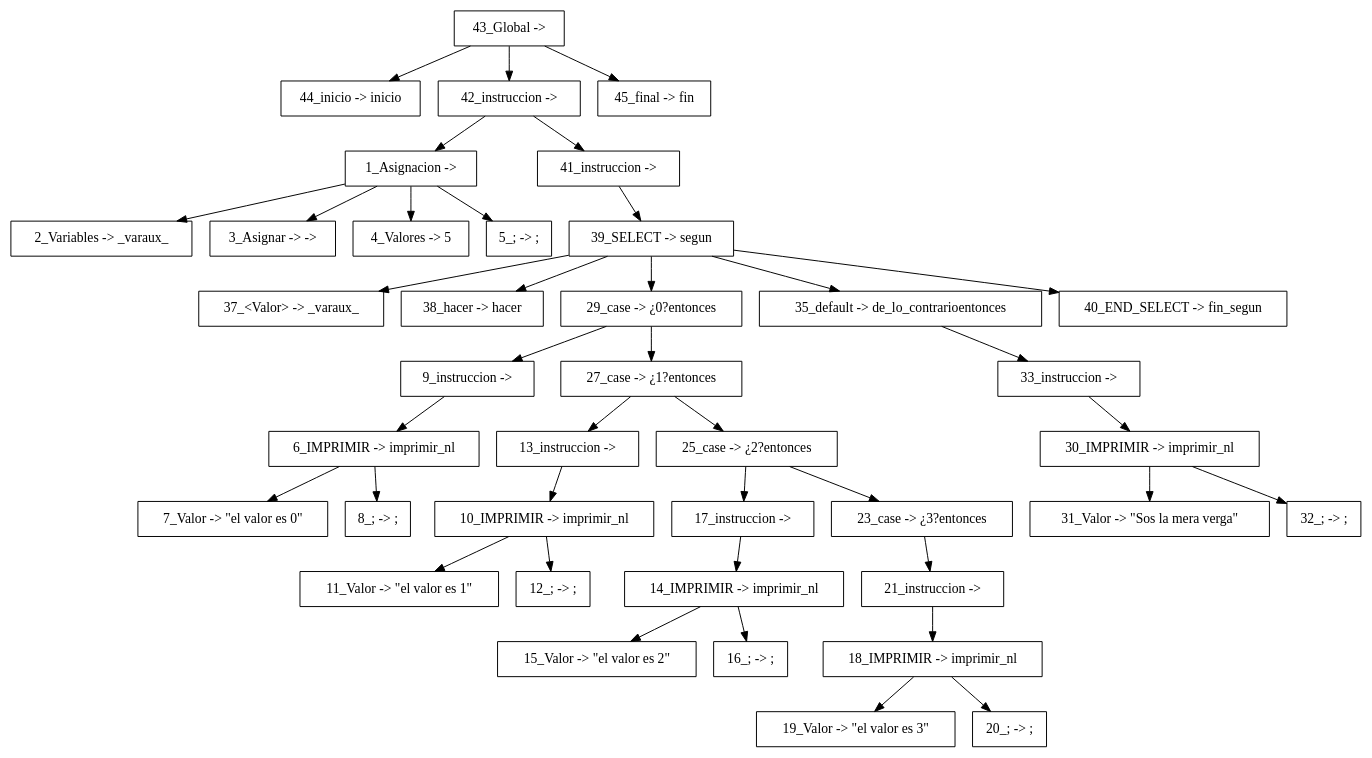
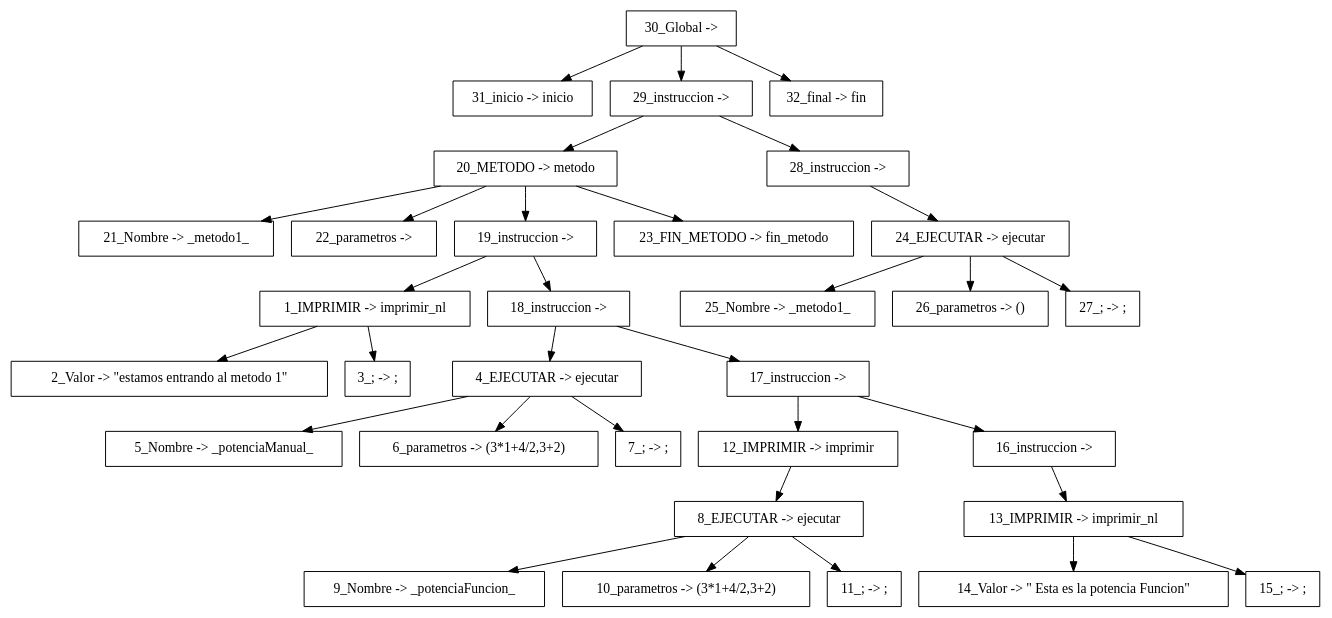
Before and after one commit to xavi-val/OLC1-201700703: the diagram in back-end/compiladores/src/main/resources/trees/arbol.dot, drawn with Graphviz. The commit also changed 11 other files, not shown here.

Commit message:
Terminando la traduccion a python - problemas con instruccion IMPRIMIR

```diff
--- a/back-end/compiladores/src/main/resources/trees/arbol.dot
+++ b/back-end/compiladores/src/main/resources/trees/arbol.dot
@@ -1,43 +1,36 @@
 digraph G {node[shape=box, style=filled, color=black, fillcolor=white]; edge[color=black];rankdir=UD 
 
-"43_Global -> "->"44_inicio -> inicio"
-"43_Global -> "->"42_instruccion -> "
-"42_instruccion -> "->"1_Asignacion -> "
-"1_Asignacion -> "->"2_Variables -> _varaux_"
-"1_Asignacion -> "->"3_Asignar -> ->"
-"1_Asignacion -> "->"4_Valores -> 5"
-"1_Asignacion -> "->"5_; -> ;"
-"42_instruccion -> "->"41_instruccion -> "
-"41_instruccion -> "->"39_SELECT -> segun"
-"39_SELECT -> segun"->"37_<Valor> -> _varaux_"
-"39_SELECT -> segun"->"38_hacer -> hacer"
-"39_SELECT -> segun"->"29_case -> ¿0?entonces"
-"29_case -> ¿0?entonces"->"9_instruccion -> "
-"9_instruccion -> "->"6_IMPRIMIR -> imprimir_nl"
-"6_IMPRIMIR -> imprimir_nl"->"7_Valor -> \"el valor es 0\""
-"6_IMPRIMIR -> imprimir_nl"->"8_; -> ;"
-"29_case -> ¿0?entonces"->"27_case -> ¿1?entonces"
-"27_case -> ¿1?entonces"->"13_instruccion -> "
-"13_instruccion -> "->"10_IMPRIMIR -> imprimir_nl"
-"10_IMPRIMIR -> imprimir_nl"->"11_Valor -> \"el valor es 1\""
-"10_IMPRIMIR -> imprimir_nl"->"12_; -> ;"
-"27_case -> ¿1?entonces"->"25_case -> ¿2?entonces"
-"25_case -> ¿2?entonces"->"17_instruccion -> "
-"17_instruccion -> "->"14_IMPRIMIR -> imprimir_nl"
-"14_IMPRIMIR -> imprimir_nl"->"15_Valor -> \"el valor es 2\""
-"14_IMPRIMIR -> imprimir_nl"->"16_; -> ;"
-"25_case -> ¿2?entonces"->"23_case -> ¿3?entonces"
-"23_case -> ¿3?entonces"->"21_instruccion -> "
-"21_instruccion -> "->"18_IMPRIMIR -> imprimir_nl"
-"18_IMPRIMIR -> imprimir_nl"->"19_Valor -> \"el valor es 3\""
-"18_IMPRIMIR -> imprimir_nl"->"20_; -> ;"
-"39_SELECT -> segun"->"35_default -> de_lo_contrarioentonces"
-"35_default -> de_lo_contrarioentonces"->"33_instruccion -> "
-"33_instruccion -> "->"30_IMPRIMIR -> imprimir_nl"
-"30_IMPRIMIR -> imprimir_nl"->"31_Valor -> \"Sos la mera verga\""
-"30_IMPRIMIR -> imprimir_nl"->"32_; -> ;"
-"39_SELECT -> segun"->"40_END_SELECT -> fin_segun"
-"43_Global -> "->"45_final -> fin"
+"30_Global -> "->"31_inicio -> inicio"
+"30_Global -> "->"29_instruccion -> "
+"29_instruccion -> "->"20_METODO -> metodo"
+"20_METODO -> metodo"->"21_Nombre -> _metodo1_"
+"20_METODO -> metodo"->"22_parametros -> "
+"20_METODO -> metodo"->"19_instruccion -> "
+"19_instruccion -> "->"1_IMPRIMIR -> imprimir_nl"
+"1_IMPRIMIR -> imprimir_nl"->"2_Valor -> \"estamos entrando al metodo 1\""
+"1_IMPRIMIR -> imprimir_nl"->"3_; -> ;"
+"19_instruccion -> "->"18_instruccion -> "
+"18_instruccion -> "->"4_EJECUTAR -> ejecutar"
+"4_EJECUTAR -> ejecutar"->"5_Nombre -> _potenciaManual_"
+"4_EJECUTAR -> ejecutar"->"6_parametros -> (3*1+4/2,3+2)"
+"4_EJECUTAR -> ejecutar"->"7_; -> ;"
+"18_instruccion -> "->"17_instruccion -> "
+"17_instruccion -> "->"12_IMPRIMIR -> imprimir"
+"12_IMPRIMIR -> imprimir"->"8_EJECUTAR -> ejecutar"
+"8_EJECUTAR -> ejecutar"->"9_Nombre -> _potenciaFuncion_"
+"8_EJECUTAR -> ejecutar"->"10_parametros -> (3*1+4/2,3+2)"
+"8_EJECUTAR -> ejecutar"->"11_; -> ;"
+"17_instruccion -> "->"16_instruccion -> "
+"16_instruccion -> "->"13_IMPRIMIR -> imprimir_nl"
+"13_IMPRIMIR -> imprimir_nl"->"14_Valor -> \" Esta es la potencia Funcion\""
+"13_IMPRIMIR -> imprimir_nl"->"15_; -> ;"
+"20_METODO -> metodo"->"23_FIN_METODO -> fin_metodo"
+"29_instruccion -> "->"28_instruccion -> "
+"28_instruccion -> "->"24_EJECUTAR -> ejecutar"
+"24_EJECUTAR -> ejecutar"->"25_Nombre -> _metodo1_"
+"24_EJECUTAR -> ejecutar"->"26_parametros -> ()"
+"24_EJECUTAR -> ejecutar"->"27_; -> ;"
+"30_Global -> "->"32_final -> fin"
 
 
 }
```
